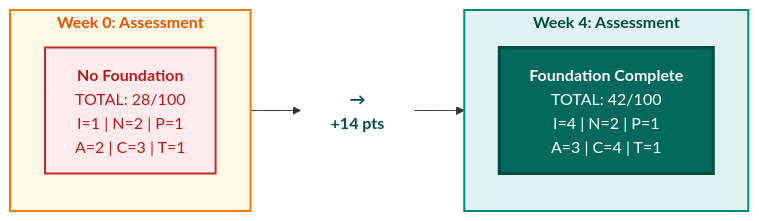
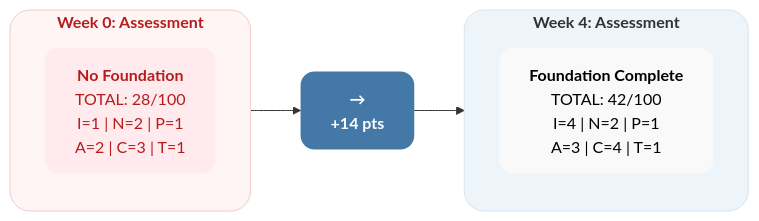
One commit to saitejesh-cyber/trust-before-intelligence-book changed the tenth of 11 diagrams in manuscript/05_chapter_4_foundation_layers.md. Above: the diagram before and after it, drawn with Mermaid. The commit also changed other lines of this file and 4 other files, not shown here.

Commit message:
Chapter 1to5: Updated mermaid diagrams based on new colaberry color code

````diff
--- a/manuscript/05_chapter_4_foundation_layers.md
+++ b/manuscript/05_chapter_4_foundation_layers.md
@@ -954,20 +962,21 @@
 ```mermaid
 graph LR
     subgraph week0["<b>Week 0: Assessment</b>"]
         W0["<b>No Foundation</b><br/>TOTAL: 28/100</b><br/>I=1 | N=2 | P=1<br/>A=2 | C=3 | T=1"]
     end
     
     ARROW["<b>→</b><br/><b>+14 pts</b>"]
     
     subgraph week4["<b>Week 4: Assessment</b>"]
         W4["<b>Foundation Complete</b><br/>TOTAL: 42/100</b><br/>I=4 | N=2 | P=1<br/>A=3 | C=4 | T=1"]
     end
     
     week0 --> ARROW --> week4
-    
-    style week0 fill:#fff9e6,stroke:#f57c00,stroke-width:2px,color:#e65100
-    style W0 fill:#ffebee,stroke:#c62828,stroke-width:2px,color:#b71c1c
-    style ARROW fill:#ffffff,stroke:none,color:#004d40
-    style week4 fill:#e0f2f1,stroke:#00897b,stroke-width:2px,color:#004d40
-    style W4 fill:#00695c,color:#ffffff,stroke:#004d40,stroke-width:3px
+
+    style week0 fill:#fff5f5,stroke:#f2caca,stroke-width:1px,color:#b71c1c,rx:20,ry:20
+    style W0 fill:#ffebee,stroke:none,color:#b71c1c,rx:14,ry:14
+    style ARROW fill:#4478A6,stroke:none,color:#ffffff,rx:14,ry:14
+    style week4 fill:#edf4fa,stroke:#d6e4f2,stroke-width:1px,color:#333333,rx:20,ry:20
+    style W4 fill:#f9f9f9,stroke:none,color:#000000,rx:14,ry:14
+
 ```
````
